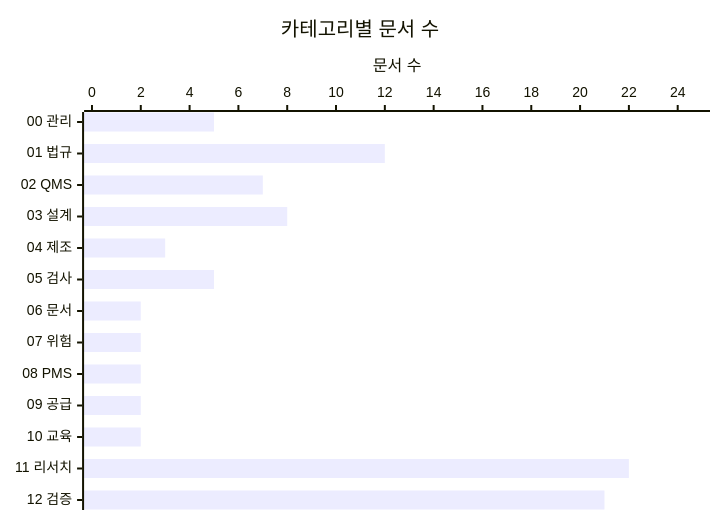
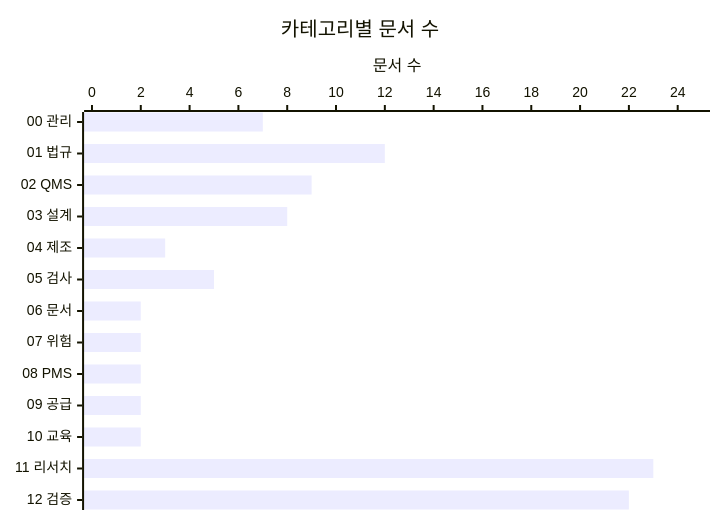
One commit to holee9/MD-process changed the second of 4 diagrams in README.md. Above: the diagram before and after it, drawn with Mermaid. The commit also changed other lines of this file, not shown here.

````diff
--- a/README.md
+++ b/README.md
@@ -97,8 +97,8 @@
 ```mermaid
 %%{init: {"theme":"default"}}%%
 xychart-beta horizontal
     title "카테고리별 문서 수"
     x-axis ["00 관리", "01 법규", "02 QMS", "03 설계", "04 제조", "05 검사", "06 문서", "07 위험", "08 PMS", "09 공급", "10 교육", "11 리서치", "12 검증"]
     y-axis "문서 수" 0 --> 25
-    bar [5, 12, 7, 8, 3, 5, 2, 2, 2, 2, 2, 22, 21]
+    bar [7, 12, 9, 8, 3, 5, 2, 2, 2, 2, 2, 23, 22]
 ```
````
